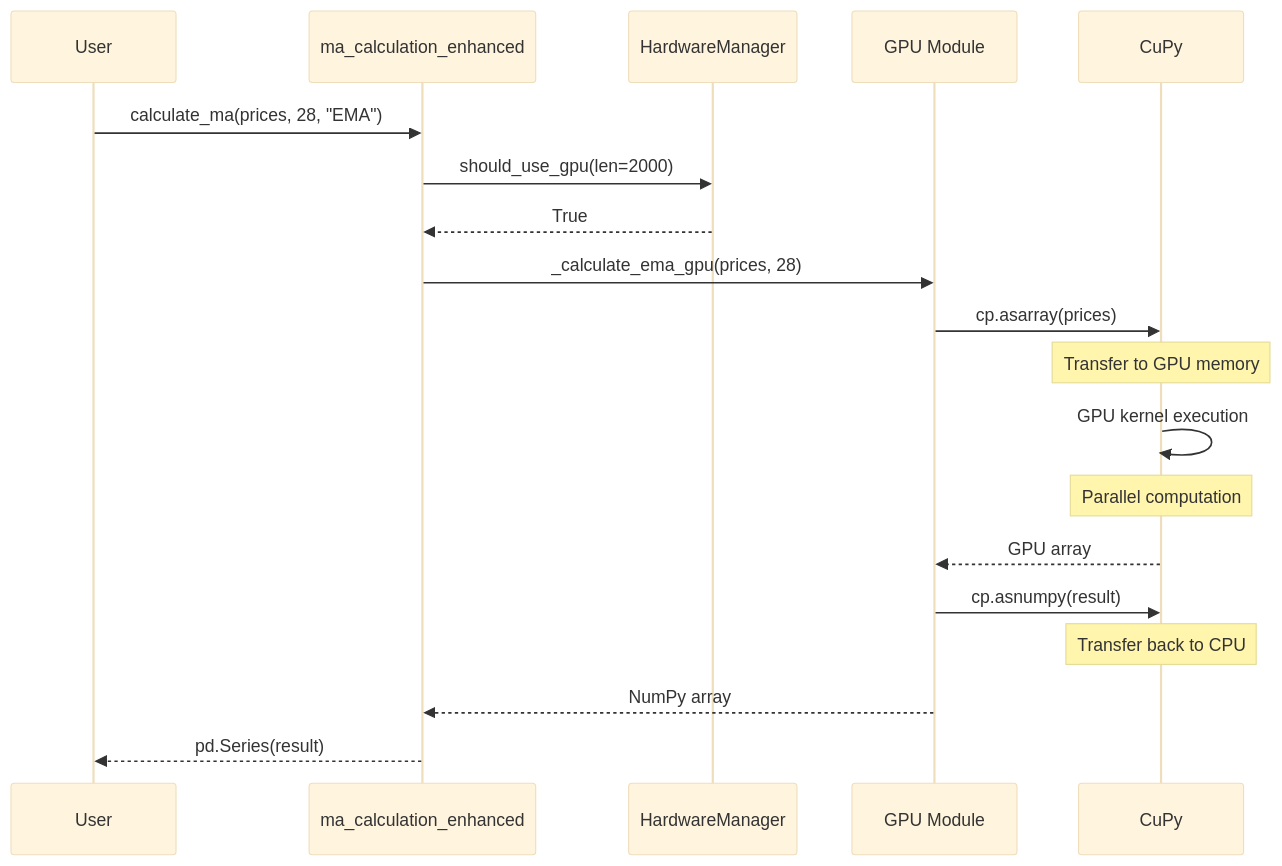
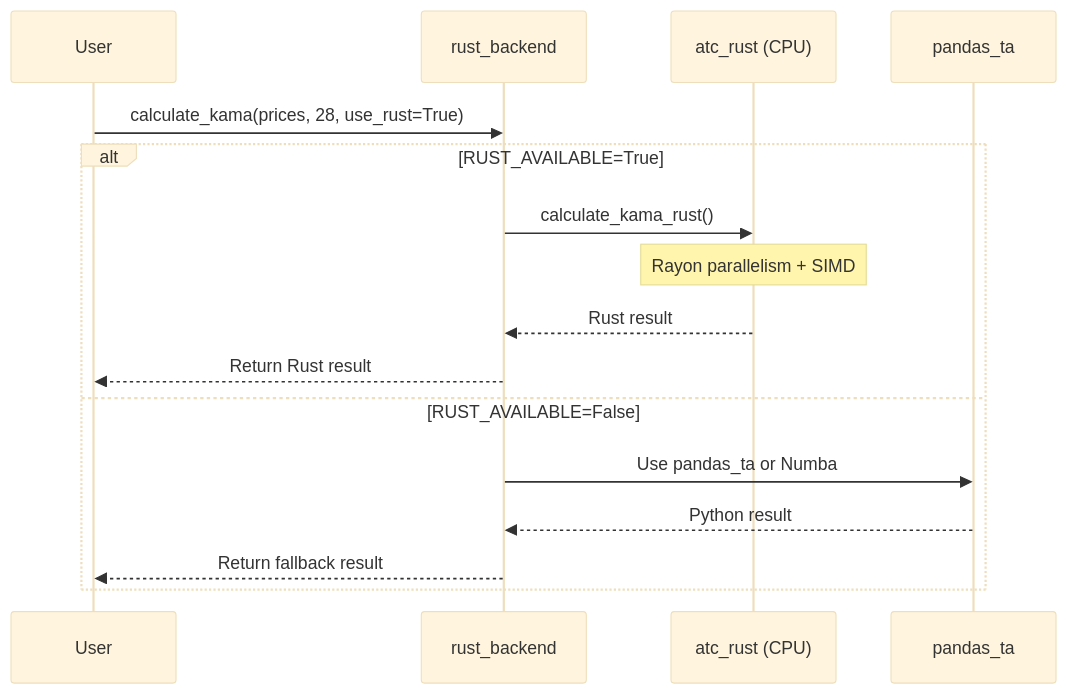
One commit to Nguyenthang2292/Sovereign-IQ changed the sixth of 12 diagrams in modules/adaptive_trend_LTS/docs/optimization_flow_diagram.md. Above: the diagram before and after it, drawn with Mermaid (base theme). The commit also changed other lines of this file and 81 other files, not shown here.

````diff
--- a/modules/adaptive_trend_LTS/docs/optimization_flow_diagram.md
+++ b/modules/adaptive_trend_LTS/docs/optimization_flow_diagram.md
@@ -220,26 +280,20 @@
 ```mermaid
 sequenceDiagram
     participant User
-    participant MACalc as ma_calculation_enhanced
-    participant HW as HardwareManager
-    participant GPU as GPU Module
-    participant CuPy as CuPy
+    participant Backend as rust_backend
+    participant RustCPU as atc_rust (CPU)
+    participant Fallback as pandas_ta
 
-    User->>MACalc: calculate_ma(prices, 28, "EMA")
-    MACalc->>HW: should_use_gpu(len=2000)
-    HW-->>MACalc: True
+    User->>Backend: calculate_kama(prices, 28, use_rust=True)
 
-    MACalc->>GPU: _calculate_ema_gpu(prices, 28)
-    GPU->>CuPy: cp.asarray(prices)
-    Note over CuPy: Transfer to GPU memory
-
-    CuPy->>CuPy: GPU kernel execution
-    Note over CuPy: Parallel computation
-
-    CuPy-->>GPU: GPU array
-    GPU->>CuPy: cp.asnumpy(result)
-    Note over CuPy: Transfer back to CPU
-
-    GPU-->>MACalc: NumPy array
-    MACalc-->>User: pd.Series(result)
+    alt RUST_AVAILABLE=True
+        Backend->>RustCPU: calculate_kama_rust()
+        Note over RustCPU: Rayon parallelism + SIMD
+        RustCPU-->>Backend: Rust result
+        Backend-->>User: Return Rust result
+    else RUST_AVAILABLE=False
+        Backend->>Fallback: Use pandas_ta or Numba
+        Fallback-->>Backend: Python result
+        Backend-->>User: Return fallback result
+    end
 ```
````
